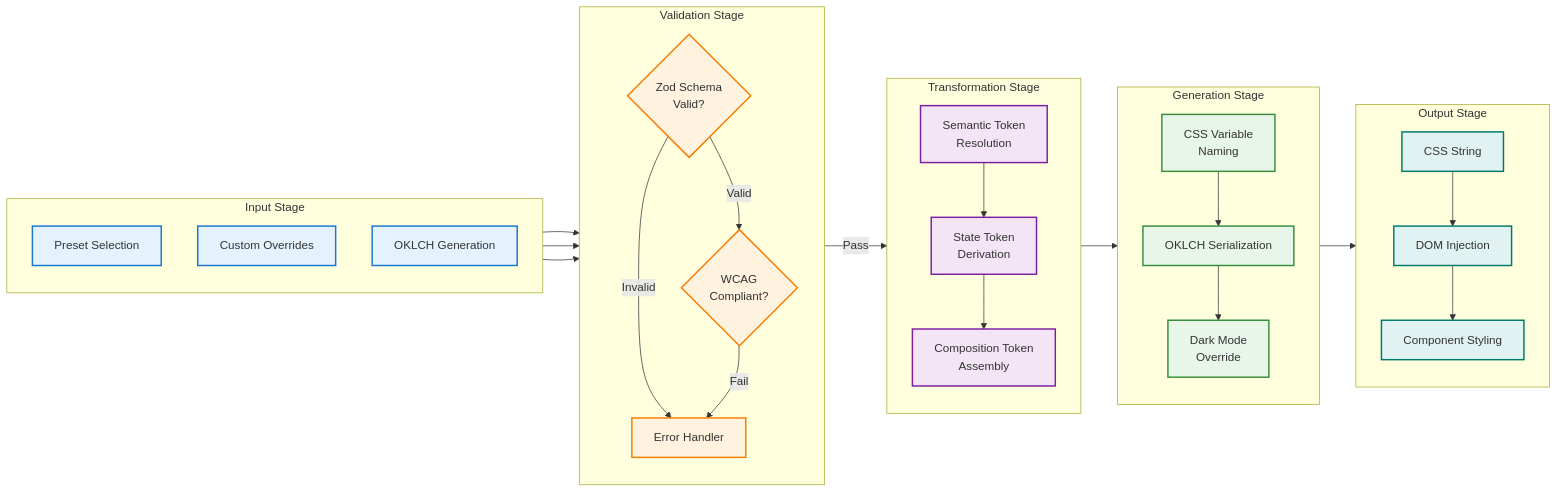
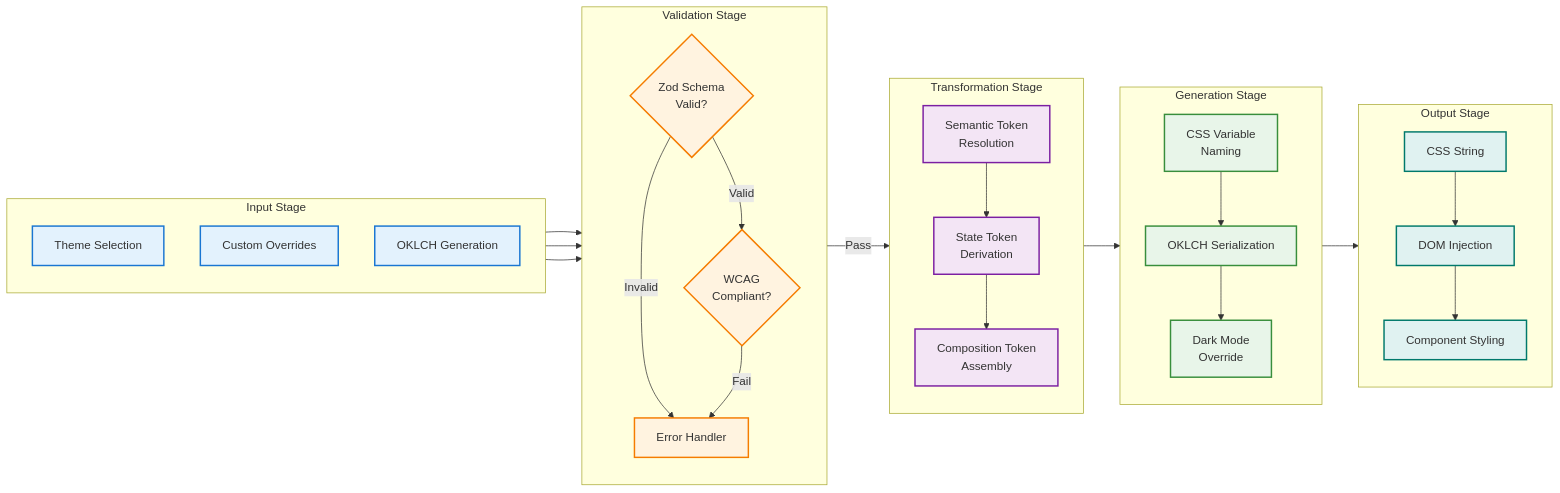
Before and after one commit to soo-kate-yeon/framingui: the second of 5 diagrams in packages/token-contract/docs/ARCHITECTURE.md, drawn with Mermaid. The commit also changed other lines of this file and 301 other files, not shown here.

First line of the commit message:
refactor: rename preset→theme, archetype→component across codebase

````diff
--- a/packages/token-contract/docs/ARCHITECTURE.md
+++ b/packages/token-contract/docs/ARCHITECTURE.md
@@ -90,65 +90,65 @@
 ```mermaid
 flowchart LR
     subgraph Input["Input Stage"]
         direction TB
-        I1[Preset Selection]
+        I1[Theme Selection]
         I2[Custom Overrides]
         I3[OKLCH Generation]
     end
 
     subgraph Validation["Validation Stage"]
         direction TB
         V1{Zod Schema<br/>Valid?}
         V2{WCAG<br/>Compliant?}
         V3[Error Handler]
     end
 
     subgraph Transform["Transformation Stage"]
         direction TB
         T1[Semantic Token<br/>Resolution]
         T2[State Token<br/>Derivation]
         T3[Composition Token<br/>Assembly]
     end
 
     subgraph Generation["Generation Stage"]
         direction TB
         G1[CSS Variable<br/>Naming]
         G2[OKLCH Serialization]
         G3[Dark Mode<br/>Override]
     end
 
     subgraph Output["Output Stage"]
         direction TB
         O1[CSS String]
         O2[DOM Injection]
         O3[Component Styling]
     end
 
     I1 --> V1
     I2 --> V1
     I3 --> V1
     V1 -->|Invalid| V3
     V1 -->|Valid| V2
     V2 -->|Fail| V3
     V2 -->|Pass| T1
     T1 --> T2
     T2 --> T3
     T3 --> G1
     G1 --> G2
     G2 --> G3
     G3 --> O1
     O1 --> O2
     O2 --> O3
 
     classDef inputStyle fill:#e3f2fd,stroke:#1976d2,stroke-width:2px
     classDef validationStyle fill:#fff3e0,stroke:#f57c00,stroke-width:2px
     classDef transformStyle fill:#f3e5f5,stroke:#7b1fa2,stroke-width:2px
     classDef generationStyle fill:#e8f5e9,stroke:#388e3c,stroke-width:2px
     classDef outputStyle fill:#e0f2f1,stroke:#00796b,stroke-width:2px
 
     class I1,I2,I3 inputStyle
     class V1,V2,V3 validationStyle
     class T1,T2,T3 transformStyle
     class G1,G2,G3 generationStyle
     class O1,O2,O3 outputStyle
 ```
````
